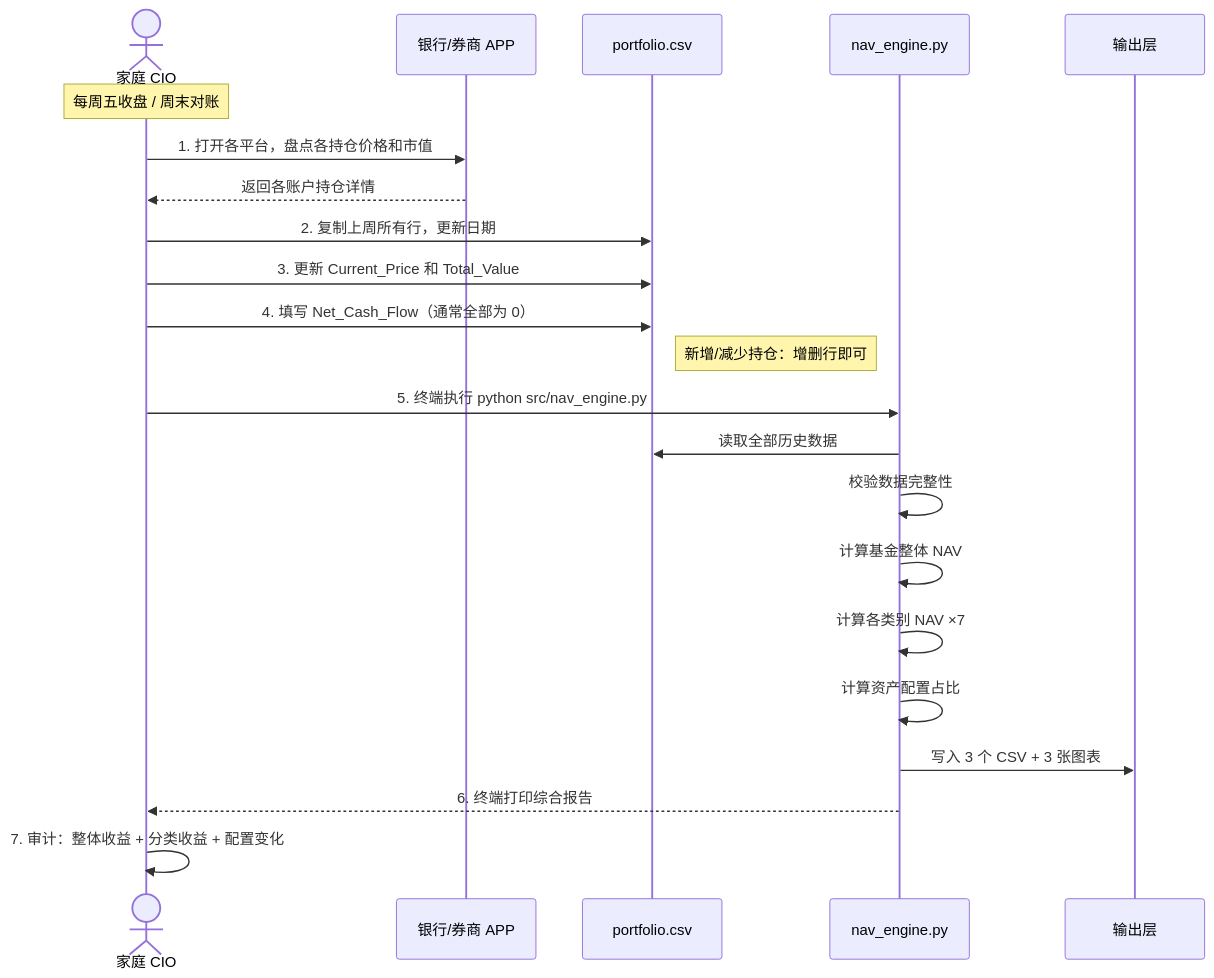
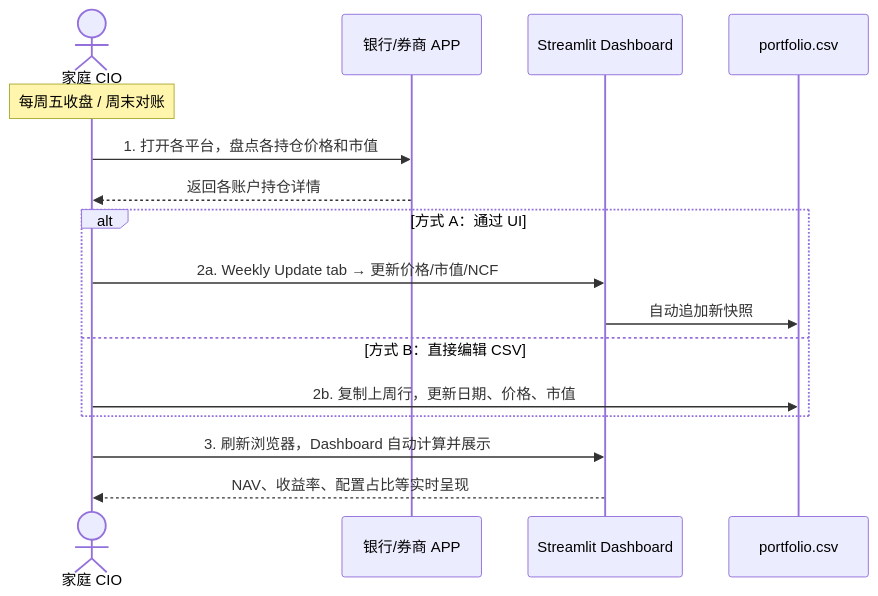
One commit to Haolun123/FamilyFund changed the sixth of 16 diagrams in ARCHITECTURE_shared.md. Above: the diagram before and after it, drawn with Mermaid. The commit also changed other lines of this file, not shown here.

First line of the commit message:
Update architecture docs: remove terminal workflow, reflect dashboard-only usage

````diff
--- a/ARCHITECTURE_shared.md
+++ b/ARCHITECTURE_shared.md
@@ -465,30 +452,22 @@
 ```mermaid
 sequenceDiagram
     actor CIO as 家庭 CIO
     participant BANK as 银行/券商 APP
+    participant UI as Streamlit Dashboard
     participant CSV as portfolio.csv
-    participant ENGINE as nav_engine.py
-    participant OUT as 输出层
 
     Note over CIO: 每周五收盘 / 周末对账
 
     CIO->>BANK: 1. 打开各平台，盘点各持仓价格和市值
     BANK-->>CIO: 返回各账户持仓详情
 
-    CIO->>CSV: 2. 复制上周所有行，更新日期
-    CIO->>CSV: 3. 更新 Current_Price 和 Total_Value
-    CIO->>CSV: 4. 填写 Net_Cash_Flow（通常全部为 0）
-    Note right of CSV: 新增/减少持仓：增删行即可
+    alt 方式 A：通过 UI
+        CIO->>UI: 2a. Weekly Update tab → 更新价格/市值/NCF
+        UI->>CSV: 自动追加新快照
+    else 方式 B：直接编辑 CSV
+        CIO->>CSV: 2b. 复制上周行，更新日期、价格、市值
+    end
 
-    CIO->>ENGINE: 5. 终端执行 python src/nav_engine.py
-
-    ENGINE->>CSV: 读取全部历史数据
-    ENGINE->>ENGINE: 校验数据完整性
-    ENGINE->>ENGINE: 计算基金整体 NAV
-    ENGINE->>ENGINE: 计算各类别 NAV ×7
-    ENGINE->>ENGINE: 计算资产配置占比
-    ENGINE->>OUT: 写入 3 个 CSV + 3 张图表
-    ENGINE-->>CIO: 6. 终端打印综合报告
-
-    CIO->>CIO: 7. 审计：整体收益 + 分类收益 + 配置变化
+    CIO->>UI: 3. 刷新浏览器，Dashboard 自动计算并展示
+    UI-->>CIO: NAV、收益率、配置占比等实时呈现
 ```
````
